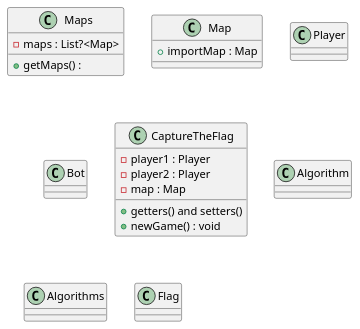
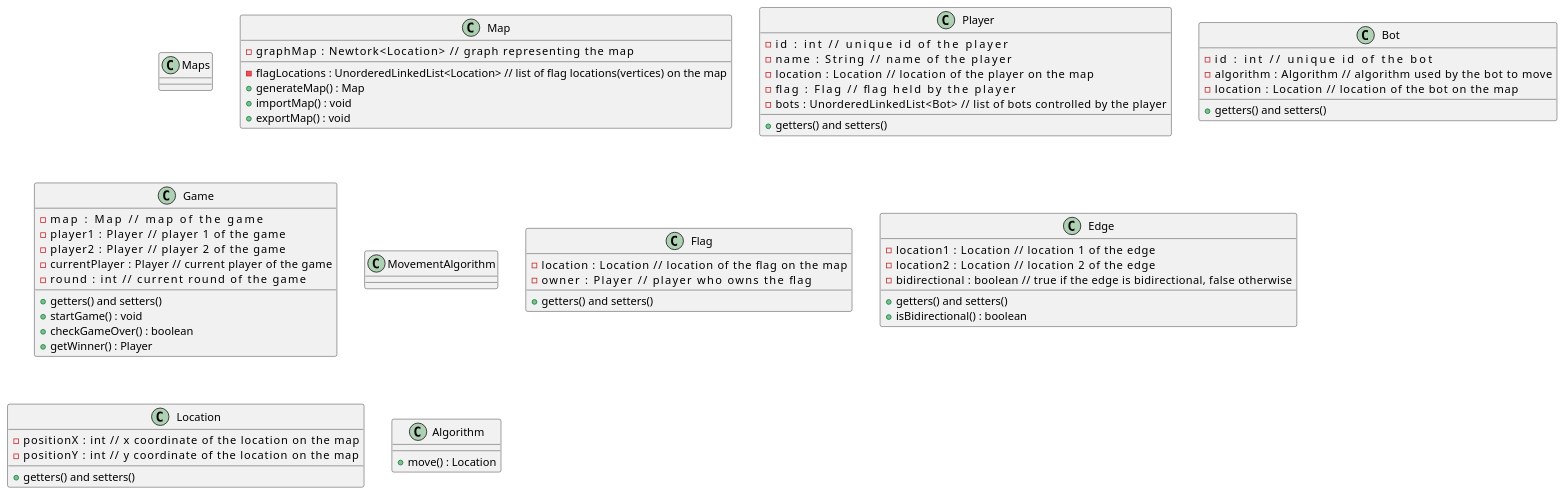
Before and after one commit to pedroteixeira2002/Project_ED: the diagram in app/src/main/resources/class_diagram.puml, drawn with PlantUML. The commit also changed 11 other files, not shown here.

Commit message:
Update Class Diagram  and code class Map

```diff
--- a/app/src/main/resources/class_diagram.puml
+++ b/app/src/main/resources/class_diagram.puml
@@ -1,37 +1,77 @@
 @startuml
 'https://plantuml.com/class-diagram
 
 class Maps
 class Map
 class Player
 class Bot
-class CaptureTheFlag
-class Algorithm
-class Algorithms
+class Game
+class MovementAlgorithm
 class Flag
 
-class CaptureTheFlag{
-    - player1 : Player
-    - player2 : Player
-    - map : Map
+class Game {
+    - map : Map                    // map of the game
+    - player1 : Player             // player 1 of the game
+    - player2 : Player             // player 2 of the game
+    - currentPlayer : Player       // current player of the game
+    - round : int                  // current round of the game
     + getters() and setters()
-    + newGame() : void
-}
-class Maps{
-    - maps : List?<Map>
-    +getMaps() :
+    + startGame() : void
+    + checkGameOver() : boolean
+    + getWinner() : Player
 }
 
 class Map {
-  + importMap : Map
+    - graphMap : Newtork<Location>                   // graph representing the map
+    - flagLocations : UnorderedLinkedList<Location>  // list of flag locations(vertices) on the map
+    + generateMap() : Map
+    + importMap() : void
+    + exportMap() : void
 }
 
-class Player{
+class Edge {
+    - location1 : Location            // location 1 of the edge
+    - location2 : Location            // location 2 of the edge
+    - bidirectional : boolean         // true if the edge is bidirectional, false otherwise
+    + getters() and setters()
+    + isBidirectional() : boolean
+}
+'Classe Correta Não Alterar'
+class Location {
+    - positionX : int                 // x coordinate of the location on the map
+    - positionY : int                 // y coordinate of the location on the map
+    + getters() and setters()
+}
+
+class Flag {
+    - location : Location              // location of the flag on the map
+    - owner : Player                   // player who owns the flag
+    + getters() and setters()
+}
+
+class Player {
+    - id : int                         // unique id of the player
+    - name : String                    // name of the player
+    - location : Location              // location of the player on the map
+    - flag : Flag                      // flag held by the player
+    - bots : UnorderedLinkedList<Bot>          // list of bots controlled by the player
+    + getters() and setters()
+}
+class Bot {
+    - id : int                         // unique id of the bot
+    - algorithm : Algorithm            // algorithm used by the bot to move
+    - location : Location              // location of the bot on the map
+    + getters() and setters()
 
 }
 
-class Bot{
+class Algorithm {
+    + move() : Location
 }
 
 
+
+
+
+
 @enduml
```
